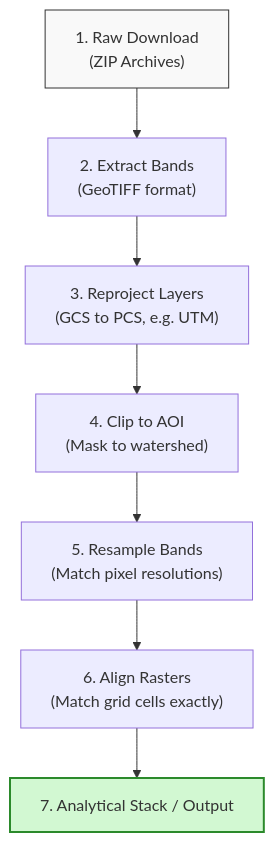
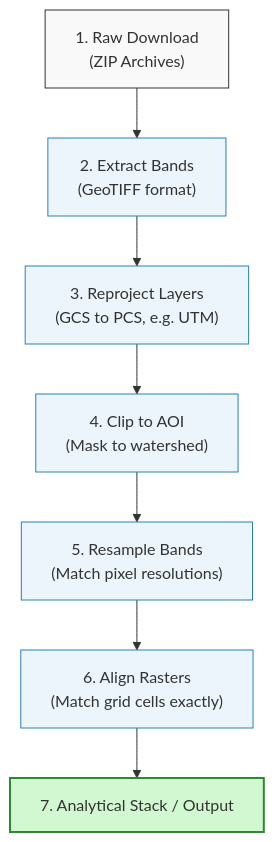
Before and after one commit to Rotten-Grapes-Pvt-Ltd/QGIS-WECS: the diagram in docs/day2/06_preparation_workflows.md, drawn with Mermaid. The commit also changed other lines of this file and 2 other files, not shown here.

````diff
--- a/docs/day2/06_preparation_workflows.md
+++ b/docs/day2/06_preparation_workflows.md
@@ -10,12 +11,17 @@
 ```mermaid
 graph TD
     Download["1. Raw Download<br/>(ZIP Archives)"] --> Extract["2. Extract Bands<br/>(GeoTIFF format)"]
     Extract --> Reproject["3. Reproject Layers<br/>(GCS to PCS, e.g. UTM)"]
     Reproject --> Clip["4. Clip to AOI<br/>(Mask to watershed)"]
     Clip --> Resample["5. Resample Bands<br/>(Match pixel resolutions)"]
     Resample --> Align["6. Align Rasters<br/>(Match grid cells exactly)"]
     Align --> Output["7. Analytical Stack / Output"]
     
-    style Download fill:#f9f9f9,stroke:#333
+    style Download fill:#f9f9f9,stroke:#333,stroke-width:1px
+    style Extract fill:#ebf5fb,stroke:#2980b9,stroke-width:1px
+    style Reproject fill:#ebf5fb,stroke:#2980b9,stroke-width:1px
+    style Clip fill:#ebf5fb,stroke:#2980b9,stroke-width:1px
+    style Resample fill:#ebf5fb,stroke:#2980b9,stroke-width:1px
+    style Align fill:#ebf5fb,stroke:#2980b9,stroke-width:1px
     style Output fill:#d2f8d2,stroke:#2b8a2b,stroke-width:2px
 ```
````
